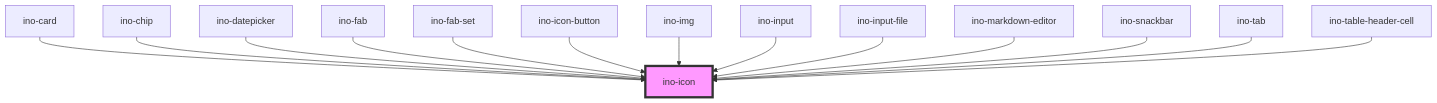
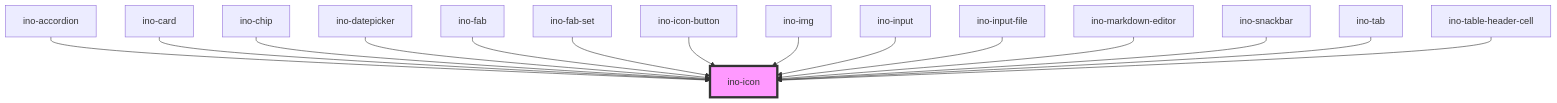
One commit to inovex/elements changed the diagram in packages/elements/src/components/ino-icon/readme.md. Above: the diagram before and after it, drawn with Mermaid. The commit also changed other lines of this file and 12 other files, not shown here.

Commit message:
feat(landingpage-new): implement ino accordion

````diff
--- a/packages/elements/src/components/ino-icon/readme.md
+++ b/packages/elements/src/components/ino-icon/readme.md
@@ -139,17 +140,18 @@
 ```mermaid
 graph TD;
+  ino-accordion --> ino-icon
   ino-card --> ino-icon
   ino-chip --> ino-icon
   ino-datepicker --> ino-icon
   ino-fab --> ino-icon
   ino-fab-set --> ino-icon
   ino-icon-button --> ino-icon
   ino-img --> ino-icon
   ino-input --> ino-icon
   ino-input-file --> ino-icon
   ino-markdown-editor --> ino-icon
   ino-snackbar --> ino-icon
   ino-tab --> ino-icon
   ino-table-header-cell --> ino-icon
   style ino-icon fill:#f9f,stroke:#333,stroke-width:4px
 ```
````
